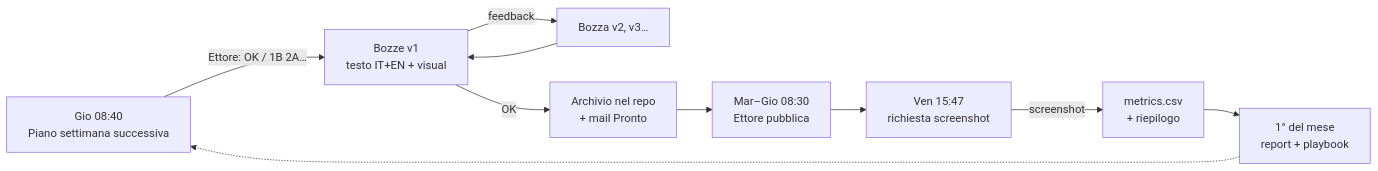
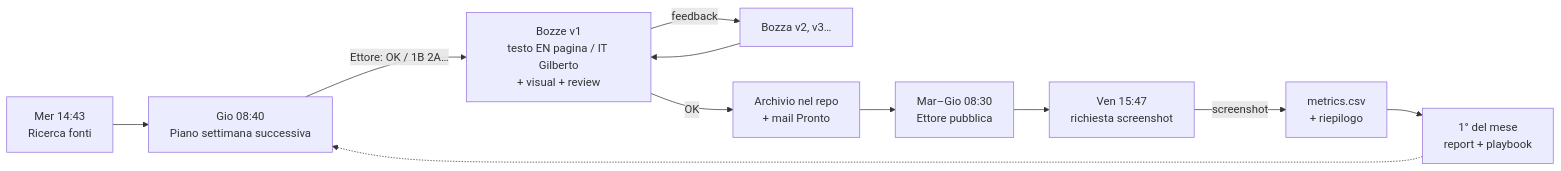
Before and after one commit to zazidane/Content-creation: the diagram in docs/02-processo-operativo.md, drawn with Mermaid. The commit also changed other lines of this file and 20 other files, not shown here.

````diff
--- a/docs/02-processo-operativo.md
+++ b/docs/02-processo-operativo.md
@@ -23,12 +23,13 @@
 ```mermaid
 flowchart LR
-    GIO[Gio 08:40<br/>Piano settimana successiva] -->|Ettore: OK / 1B 2A…| BOZ[Bozze v1<br/>testo IT+EN + visual]
+    MER[Mer 14:43<br/>Ricerca fonti] --> GIO
+    GIO[Gio 08:40<br/>Piano settimana successiva] -->|Ettore: OK / 1B 2A…| BOZ[Bozze v1<br/>testo EN pagina / IT Gilberto<br/>+ visual + review]
     BOZ -->|feedback| REV[Bozza v2, v3…]
     REV --> BOZ
     BOZ -->|OK| ARC[Archivio nel repo<br/>+ mail Pronto]
     ARC --> PUB[Mar–Gio 08:30<br/>Ettore pubblica]
     PUB --> VEN[Ven 15:47<br/>richiesta screenshot]
     VEN -->|screenshot| AN[metrics.csv<br/>+ riepilogo]
     AN --> MESE[1° del mese<br/>report + playbook]
     MESE -.-> GIO
 ```
````
